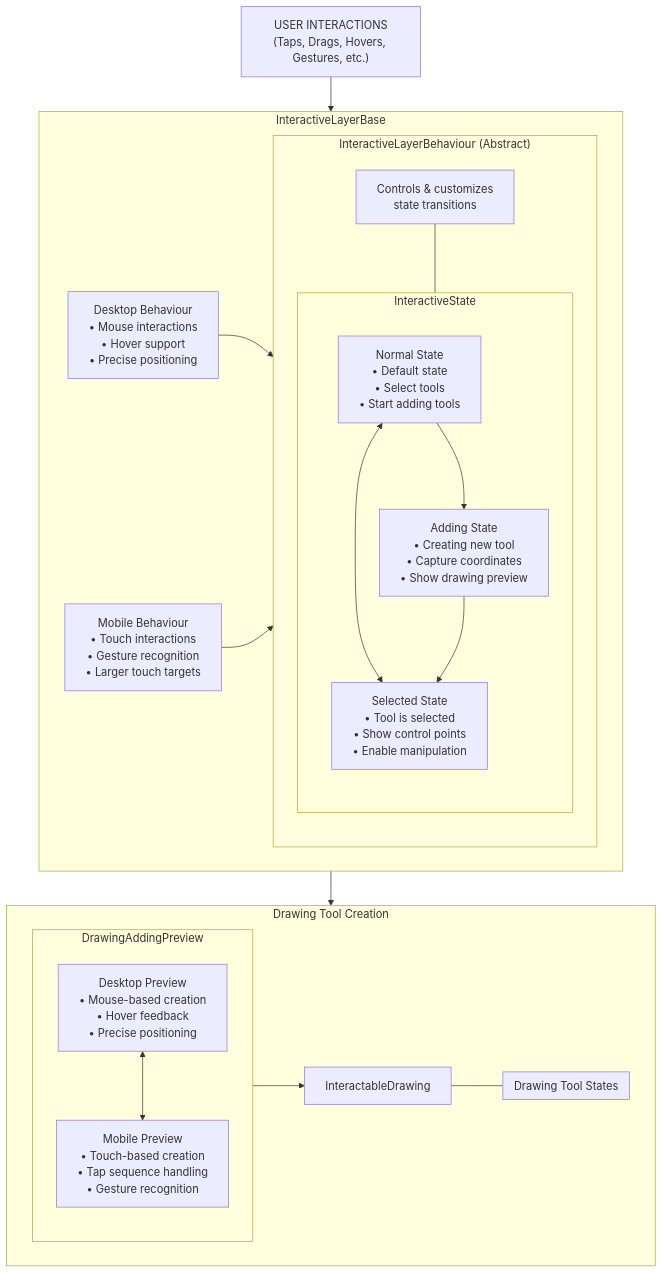
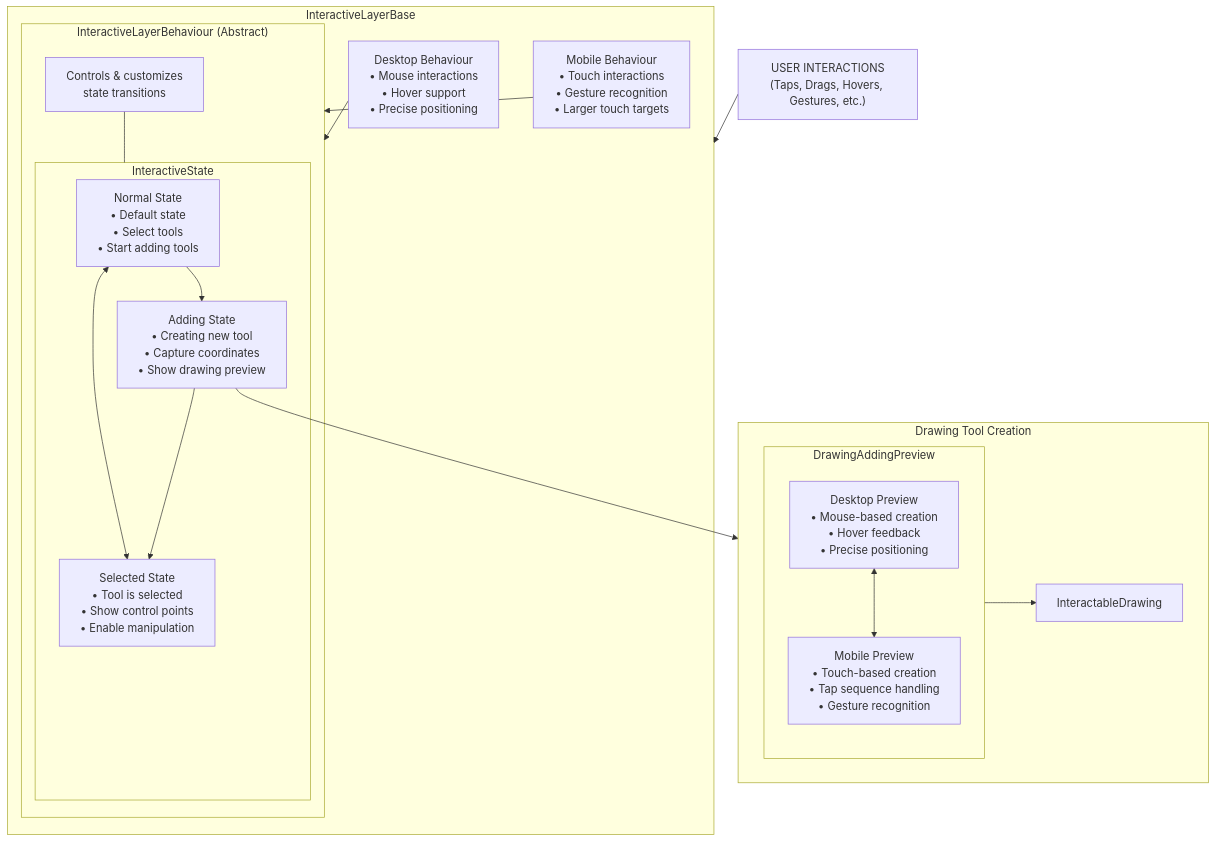
One commit to jim-deriv/flutter-chart changed the diagram in doc/diagrams/interactive_layer_architecture.mmd. Above: the diagram before and after it, drawn with Mermaid. The commit also changed 1 other file, not shown here.

Commit message:
update drawing tools architecture diagram

```diff
--- a/doc/diagrams/interactive_layer_architecture.mmd
+++ b/doc/diagrams/interactive_layer_architecture.mmd
@@ -1,46 +1,41 @@
 flowchart TD
     UserInteractions["USER INTERACTIONS\n(Taps, Drags, Hovers, Gestures, etc.)"]
     
     subgraph InteractiveLayerBase["InteractiveLayerBase"]
         subgraph Behaviour["InteractiveLayerBehaviour (Abstract)"]
             BehaviourNote["Controls & customizes\nstate transitions"]
             
             subgraph States["InteractiveState"]
                 NormalState["Normal State\n• Default state\n• Select tools\n• Start adding tools"]
                 SelectedState["Selected State\n• Tool is selected\n• Show control points\n• Enable manipulation"]
                 AddingState["Adding State\n• Creating new tool\n• Capture coordinates\n• Show drawing preview"]
                 
                 NormalState <--> SelectedState
                 NormalState --> AddingState
                 AddingState --> SelectedState
             end
         end
         
         DesktopBehaviour["Desktop Behaviour\n• Mouse interactions\n• Hover support\n• Precise positioning"]
         MobileBehaviour["Mobile Behaviour\n• Touch interactions\n• Gesture recognition\n• Larger touch targets"]
         
         DesktopBehaviour --> Behaviour
         MobileBehaviour --> Behaviour
         BehaviourNote --- States
     end
     
     subgraph DrawingToolCreation["Drawing Tool Creation"]
         subgraph Preview["DrawingAddingPreview"]
             DesktopPreview["Desktop Preview\n• Mouse-based creation\n• Hover feedback\n• Precise positioning"]
             MobilePreview["Mobile Preview\n• Touch-based creation\n• Tap sequence handling\n• Gesture recognition"]
             
             DesktopPreview <--> MobilePreview
         end
         
         InteractableDrawing["InteractableDrawing"]
-        
-        subgraph ToolStates["Drawing Tool States"]
-            States["See the DrawingToolState section for details on the\ndifferent states a drawing tool can be in (idle, selected,\nhovered, adding, dragging, animating)"]
-        end
-        
-        InteractableDrawing --- ToolStates
     end
     
+    
     UserInteractions --> InteractiveLayerBase
-    InteractiveLayerBase --> DrawingToolCreation
+    AddingState --> DrawingToolCreation
     Preview --> InteractableDrawing
```
